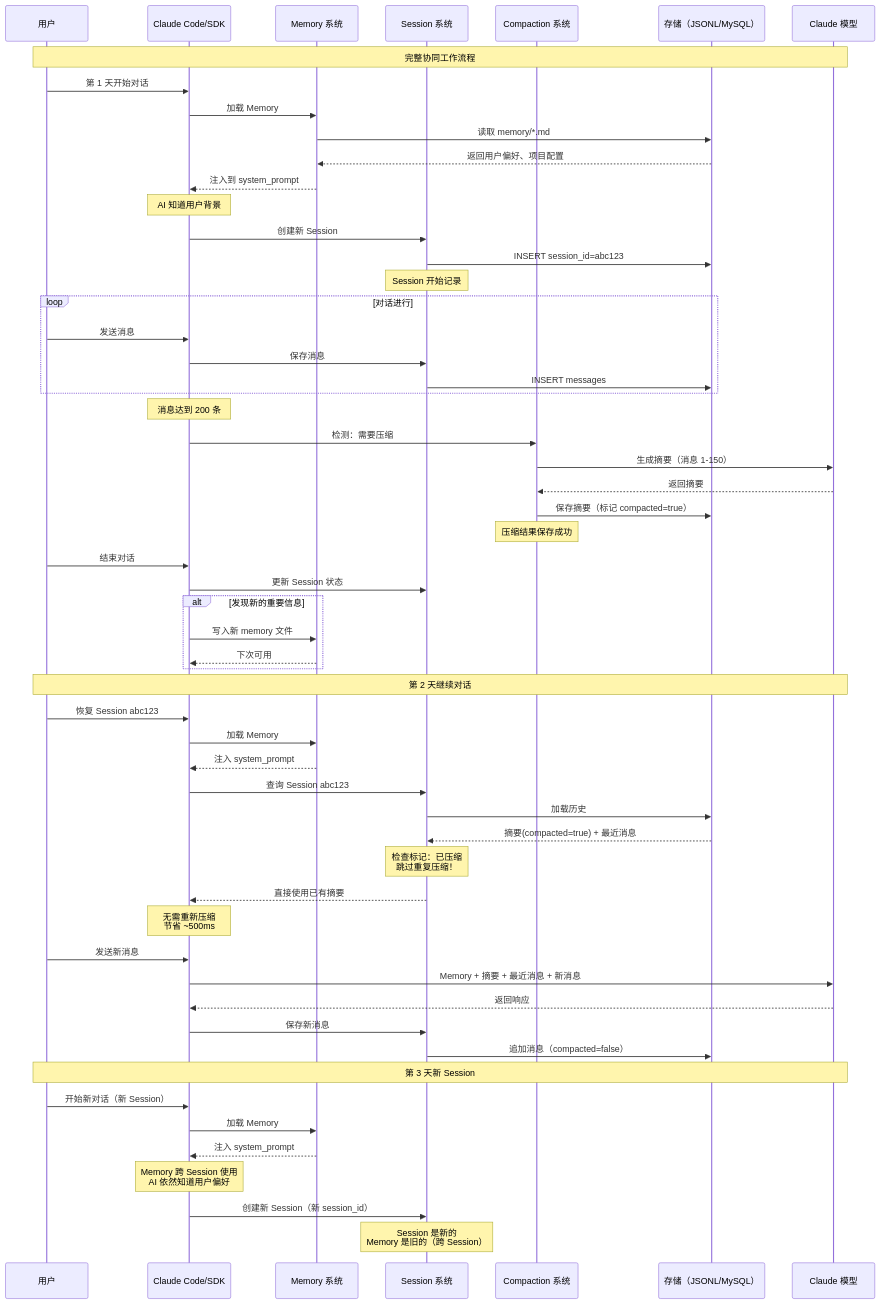
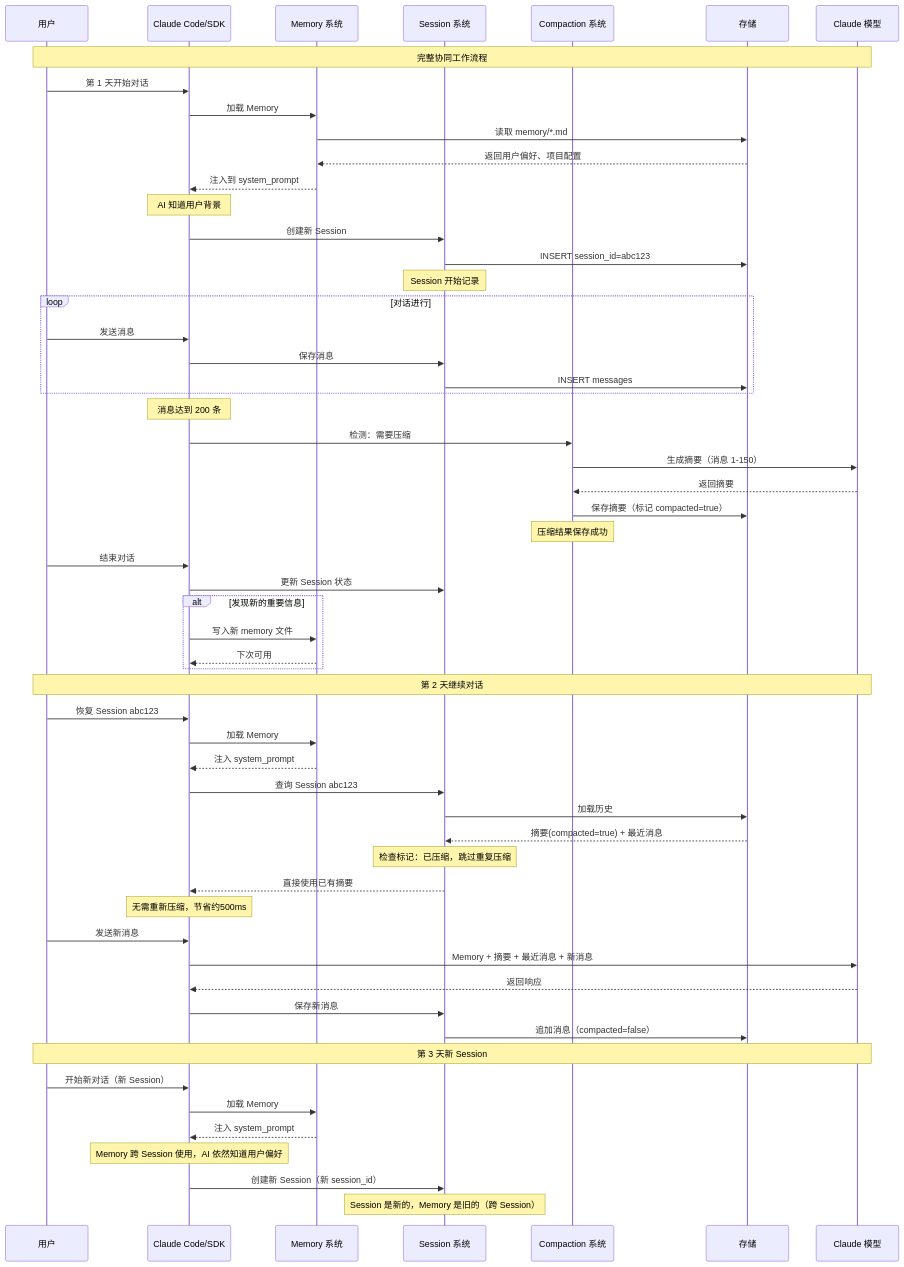
Before and after one commit to xiaocaipi/mm-doc: diagram 14 of 17 in tmp/claude_memory_session_compaction_guide.md, drawn with Mermaid. The commit also changed other lines of this file, not shown here.

````diff
--- a/tmp/claude_memory_session_compaction_guide.md
+++ b/tmp/claude_memory_session_compaction_guide.md
@@ -773,73 +769,73 @@
 ```mermaid
 sequenceDiagram
     participant User as 用户
     participant Claude as Claude Code/SDK
     participant Memory as Memory 系统
     participant Session as Session 系统
     participant Compaction as Compaction 系统
-    participant Storage as 存储（JSONL/MySQL）
+    participant Storage as 存储
     participant Model as Claude 模型
 
     Note over User,Model: 完整协同工作流程
 
     User->>Claude: 第 1 天开始对话
     Claude->>Memory: 加载 Memory
     Memory->>Storage: 读取 memory/*.md
     Storage-->>Memory: 返回用户偏好、项目配置
     Memory-->>Claude: 注入到 system_prompt
     Note over Claude: AI 知道用户背景
 
     Claude->>Session: 创建新 Session
     Session->>Storage: INSERT session_id=abc123
     Note over Session: Session 开始记录
 
     loop 对话进行
         User->>Claude: 发送消息
         Claude->>Session: 保存消息
         Session->>Storage: INSERT messages
     end
 
     Note over Claude: 消息达到 200 条
 
     Claude->>Compaction: 检测：需要压缩
     Compaction->>Model: 生成摘要（消息 1-150）
     Model-->>Compaction: 返回摘要
     Compaction->>Storage: 保存摘要（标记 compacted=true）
     Note over Compaction: 压缩结果保存成功
 
     User->>Claude: 结束对话
     Claude->>Session: 更新 Session 状态
 
     alt 发现新的重要信息
         Claude->>Memory: 写入新 memory 文件
         Memory-->>Claude: 下次可用
     end
 
     Note over User,Model: 第 2 天继续对话
 
     User->>Claude: 恢复 Session abc123
     Claude->>Memory: 加载 Memory
     Memory-->>Claude: 注入 system_prompt
     Claude->>Session: 查询 Session abc123
     Session->>Storage: 加载历史
     Storage-->>Session: 摘要(compacted=true) + 最近消息
-    Note over Session: 检查标记：已压缩<br/>跳过重复压缩！
+    Note over Session: 检查标记：已压缩，跳过重复压缩
 
     Session-->>Claude: 直接使用已有摘要
-    Note over Claude: 无需重新压缩<br/>节省 ~500ms
+    Note over Claude: 无需重新压缩，节省约500ms
 
     User->>Claude: 发送新消息
     Claude->>Model: Memory + 摘要 + 最近消息 + 新消息
     Model-->>Claude: 返回响应
     Claude->>Session: 保存新消息
     Session->>Storage: 追加消息（compacted=false）
 
     Note over User,Model: 第 3 天新 Session
 
     User->>Claude: 开始新对话（新 Session）
     Claude->>Memory: 加载 Memory
     Memory-->>Claude: 注入 system_prompt
-    Note over Claude: Memory 跨 Session 使用<br/>AI 依然知道用户偏好
+    Note over Claude: Memory 跨 Session 使用，AI 依然知道用户偏好
     Claude->>Session: 创建新 Session（新 session_id）
-    Note over Session: Session 是新的<br/>Memory 是旧的（跨 Session）
+    Note over Session: Session 是新的，Memory 是旧的（跨 Session）
 ```
````
